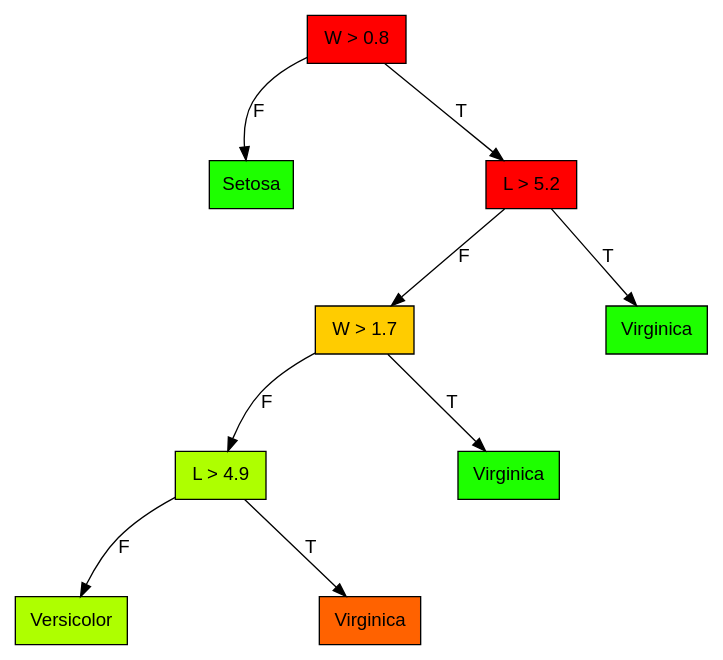
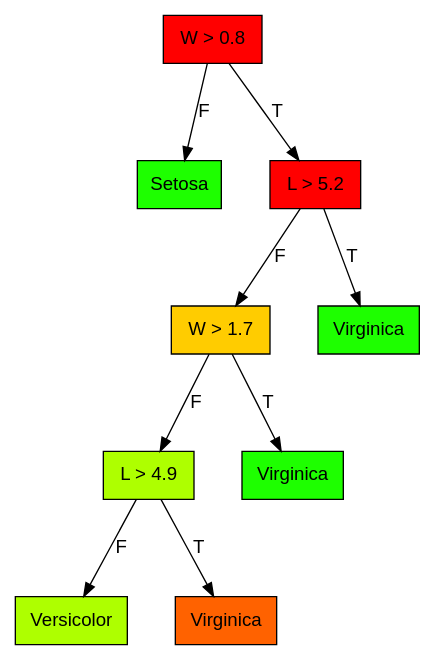
One commit to jaljo/rubixml changed the diagram in diag/cart.dot. Above: the diagram before and after it, drawn with Graphviz.

```diff
--- a/diag/cart.dot
+++ b/diag/cart.dot
@@ -1,34 +1,34 @@
 digraph DecisionTree {
     rankdir=TB;
-    nodesep=2;
+    nodesep=0.5;
     ranksep=0.8;
 
     node [
         shape=box,
-        style=filled
-        fontname="Helvetica"
+        style=filled,
+        fontname="Helvetica",
     ];
 
     edge [
-        fontname="Helvetica"
+        fontname="Helvetica",
     ];
 
     A [label="W > 0.8", fillcolor="#FF0000"];
     B [label="Setosa", fillcolor="#1EFF00"];
-    C [label="L > 5.2" fillcolor="#FF0000"];
-    D [label="W > 1.7" fillcolor="#FFCC00"];
+    C [label="L > 5.2", fillcolor="#FF0000"];
+    D [label="W > 1.7", fillcolor="#FFCC00"];
     E [label="Virginica", fillcolor="#1EFF00"];
-    F [label="L > 4.9" fillcolor="#AEFF00"]
+    F [label="L > 4.9", fillcolor="#AEFF00"];
     G [label="Virginica", fillcolor="#1EFF00"];
-    H [label="Versicolor" fillcolor="#AEFF00"];
-    I [label="Virginica", fillcolor="#FF6200"]
+    H [label="Versicolor", fillcolor="#AEFF00"];
+    I [label="Virginica", fillcolor="#FF6200"];
 
     A -> B [label="F"];
     A -> C [label="T"];
     C -> D [label="F"];
     C -> E [label="T"];
-    D -> F [label="F"]
-    D -> G [label="T"]
-    F -> H [label="F"]
-    F -> I [label="T"]
+    D -> F [label="F"];
+    D -> G [label="T"];
+    F -> H [label="F"];
+    F -> I [label="T"];
 }
```
